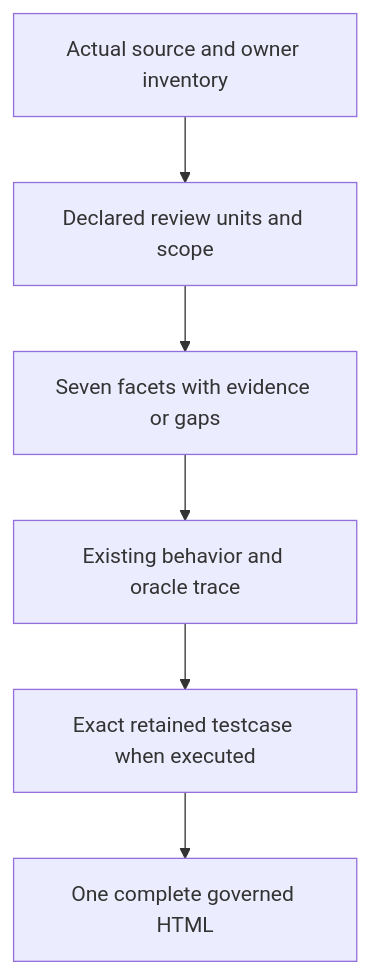
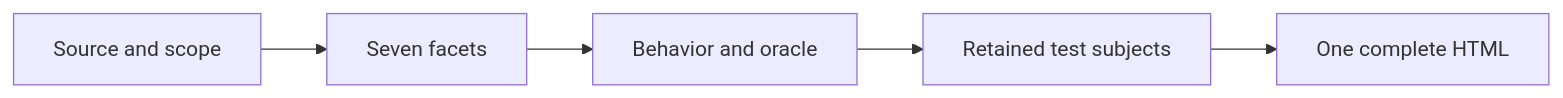
The second of 3 diagrams in atf-atlas/README.md (crististefanita/ATF_AI), drawn with Mermaid before and after one commit. The commit also changed other lines of this file and 111 other files, not shown here.

````diff
--- a/atf-atlas/README.md
+++ b/atf-atlas/README.md
@@ -98,8 +92,7 @@
 ```mermaid
-flowchart TB
-    Inventory["Actual source and owner inventory"] --> Units["Declared review units and scope"]
-    Units --> Facets["Seven facets with evidence or gaps"]
-    Facets --> Behavior["Existing behavior and oracle trace"]
-    Behavior --> Cases["Exact retained testcase when executed"]
-    Cases --> Reader["One complete governed HTML"]
+flowchart LR
+    Inventory["Source and scope"] --> Facets["Seven facets"]
+    Facets --> Behavior["Behavior and oracle"]
+    Behavior --> Cases["Retained test subjects"]
+    Cases --> Reader["One complete HTML"]
 ```
````
